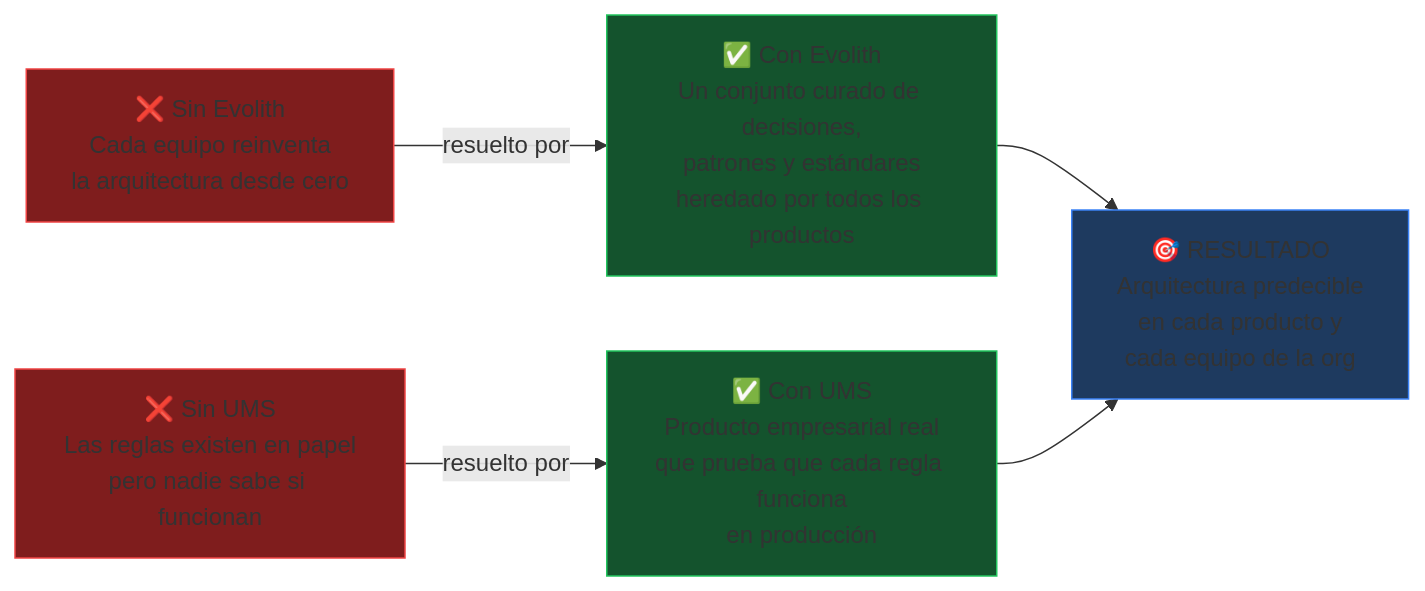
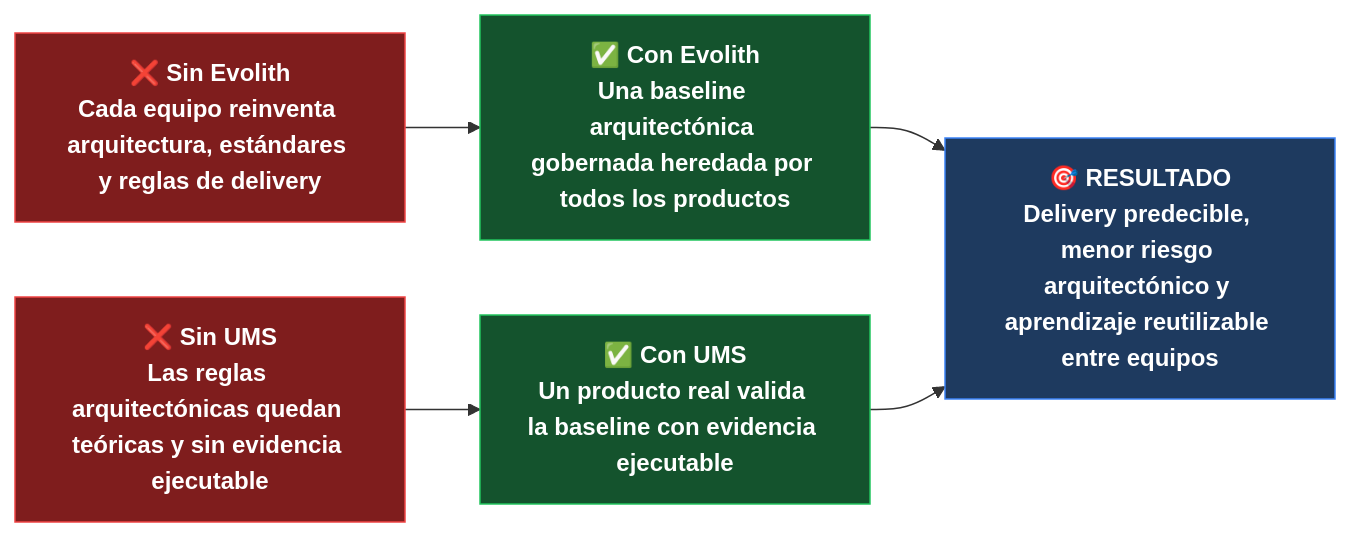
Before and after one commit to beyondnetcode/evolith_arch32: the second of 4 diagrams in reference/governance/standards/communication/visuals/v01-executive-one-pager.es.md, drawn with Mermaid. The commit also changed other lines of this file, not shown here.

Commit message:
docs(visuals): refresh spanish executive one pager with current Evolith and UMS model

````diff
--- a/reference/governance/standards/communication/visuals/v01-executive-one-pager.es.md
+++ b/reference/governance/standards/communication/visuals/v01-executive-one-pager.es.md
@@ -53,19 +53,19 @@
 ```mermaid
 flowchart LR
-    classDef problem fill:#7f1d1d,stroke:#ef4444,color:#white
-    classDef solution fill:#14532d,stroke:#22c55e,color:#white
-    classDef outcome fill:#1e3a5f,stroke:#3b82f6,color:#white
+    classDef problem fill:#7f1d1d,stroke:#ef4444,color:#ffffff,font-weight:bold
+    classDef solution fill:#14532d,stroke:#22c55e,color:#ffffff,font-weight:bold
+    classDef outcome fill:#1e3a5f,stroke:#3b82f6,color:#ffffff,font-weight:bold
 
-    P1["❌ Sin Evolith\nCada equipo reinventa\nla arquitectura desde cero"]:::problem
-    P2["❌ Sin UMS\nLas reglas existen en papel\npero nadie sabe si funcionan"]:::problem
+    P1["❌ Sin Evolith\nCada equipo reinventa arquitectura, estándares y reglas de delivery"]:::problem
+    P2["❌ Sin UMS\nLas reglas arquitectónicas quedan teóricas y sin evidencia ejecutable"]:::problem
 
-    S1["✅ Con Evolith\nUn conjunto curado de decisiones,\npatrones y estándares\nheredado por todos los productos"]:::solution
-    S2["✅ Con UMS\nProducto empresarial real\nque prueba que cada regla funciona\nen producción"]:::solution
+    S1["✅ Con Evolith\nUna baseline arquitectónica gobernada heredada por todos los productos"]:::solution
+    S2["✅ Con UMS\nUn producto real valida la baseline con evidencia ejecutable"]:::solution
 
-    O["🎯 RESULTADO\nArquitectura predecible\nen cada producto y\ncada equipo de la org"]:::outcome
+    O["🎯 RESULTADO\nDelivery predecible, menor riesgo arquitectónico y aprendizaje reutilizable entre equipos"]:::outcome
 
-    P1 -->|"resuelto por"| S1
-    P2 -->|"resuelto por"| S2
+    P1 --> S1
+    P2 --> S2
     S1 --> O
     S2 --> O
 ```
````
